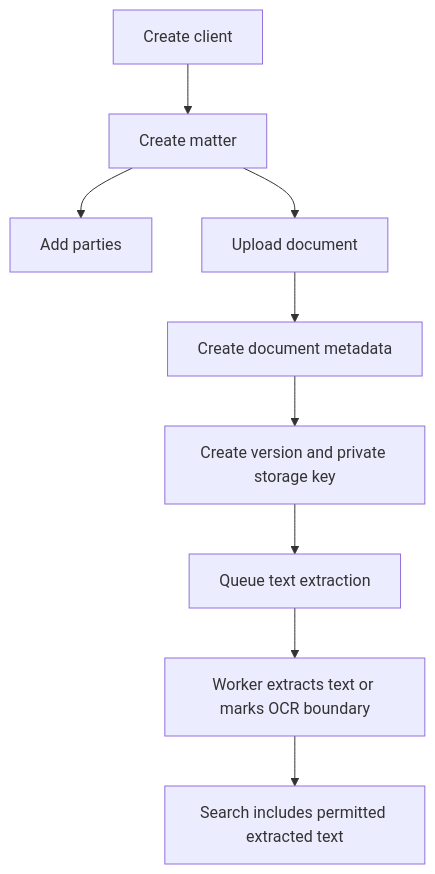
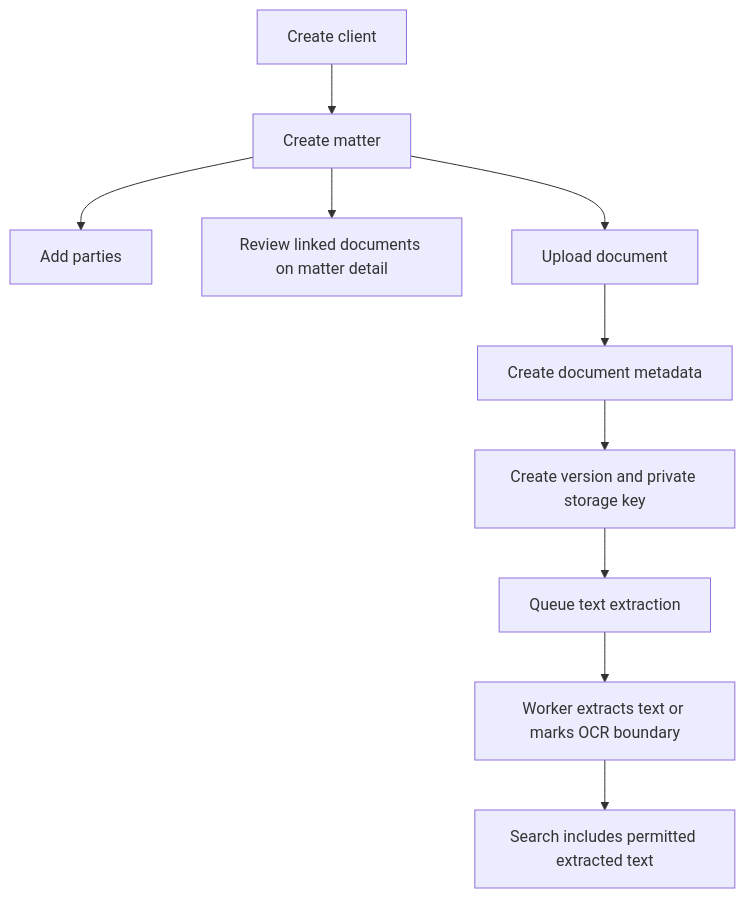
One commit to BarasaK/wakilidesk changed the seventh of 13 diagrams in docs/architecture.md. Above: the diagram before and after it, drawn with Mermaid. The commit also changed 6 other files, not shown here.

Commit message:
Show linked documents on matter detail

````diff
--- a/docs/architecture.md
+++ b/docs/architecture.md
@@ -175,11 +175,12 @@
 ```mermaid
 flowchart TD
     A[Create client] --> B[Create matter]
     B --> C[Add parties]
+    B --> J[Review linked documents on matter detail]
     B --> D[Upload document]
     D --> E[Create document metadata]
     E --> F[Create version and private storage key]
     F --> G[Queue text extraction]
     G --> H[Worker extracts text or marks OCR boundary]
     H --> I[Search includes permitted extracted text]
 ```
````
